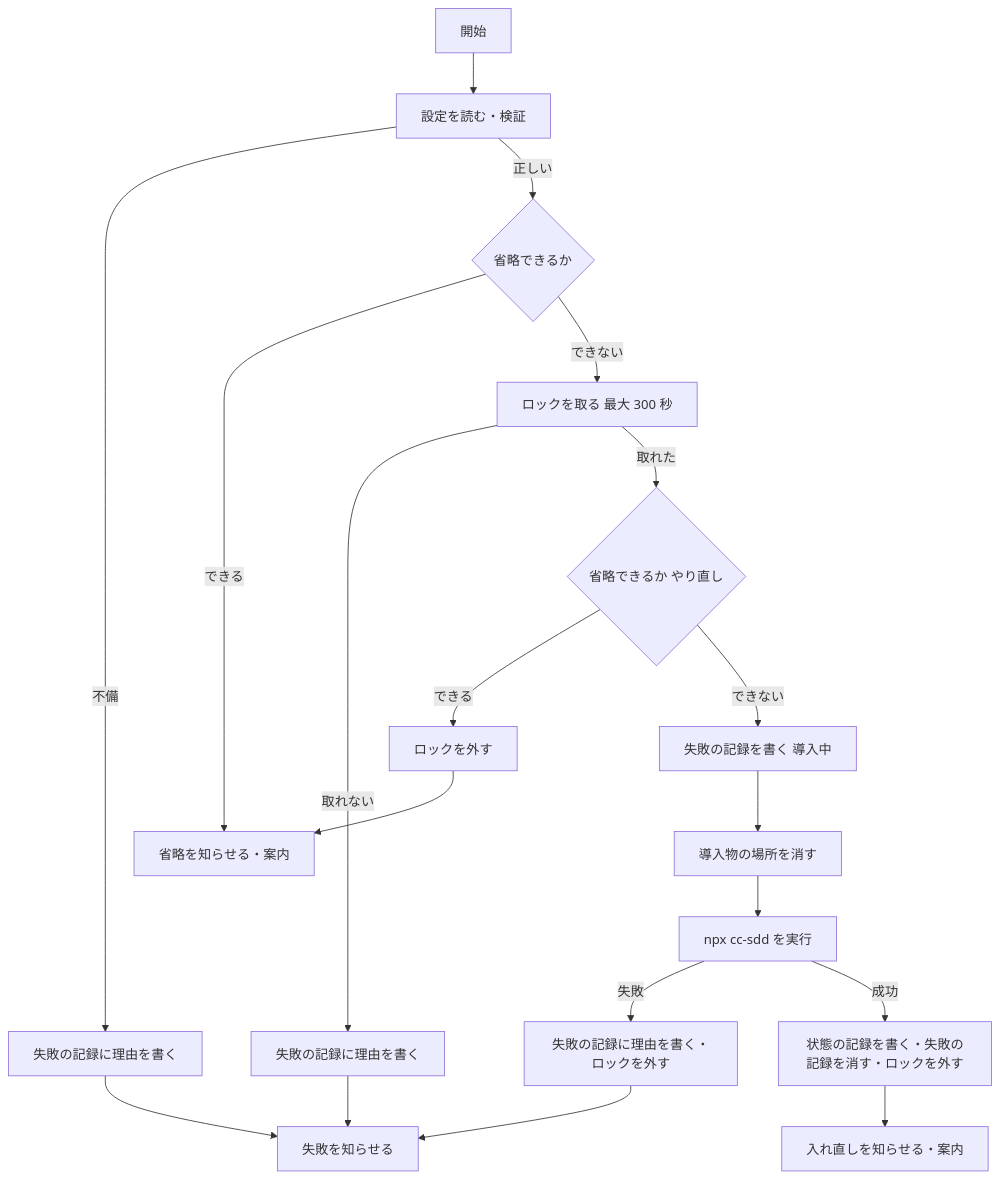
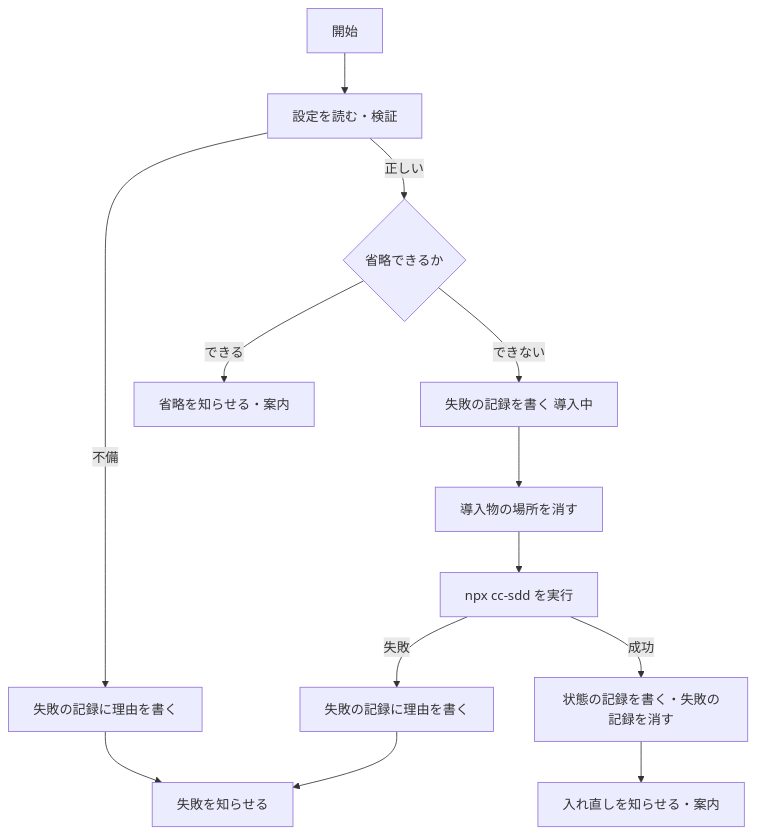
Before and after one commit to nekono-dev/cc-sdd-bootstrap: the second of 2 diagrams in .kiro/specs/session-install/design.md, drawn with Mermaid. The commit also changed other lines of this file and 4 other files, not shown here.

````diff
--- a/.kiro/specs/session-install/design.md
+++ b/.kiro/specs/session-install/design.md
@@ -127,17 +131,13 @@
 ```mermaid
 flowchart TD
   A[開始] --> B[設定を読む・検証]
   B -->|不備| F1[失敗の記録に理由を書く] --> OUTF[失敗を知らせる]
   B -->|正しい| C{省略できるか}
   C -->|できる| S[省略を知らせる・案内]
-  C -->|できない| L[ロックを取る 最大 300 秒]
-  L -->|取れない| F2[失敗の記録に理由を書く] --> OUTF
-  L -->|取れた| C2{省略できるか やり直し}
-  C2 -->|できる| U1[ロックを外す] --> S
-  C2 -->|できない| R[失敗の記録を書く 導入中]
+  C -->|できない| R[失敗の記録を書く 導入中]
   R --> D[導入物の場所を消す]
   D --> N[npx cc-sdd を実行]
-  N -->|失敗| F3[失敗の記録に理由を書く・ロックを外す] --> OUTF
-  N -->|成功| W[状態の記録を書く・失敗の記録を消す・ロックを外す]
+  N -->|失敗| F3[失敗の記録に理由を書く] --> OUTF
+  N -->|成功| W[状態の記録を書く・失敗の記録を消す]
   W --> OK[入れ直しを知らせる・案内]
 ```
````
